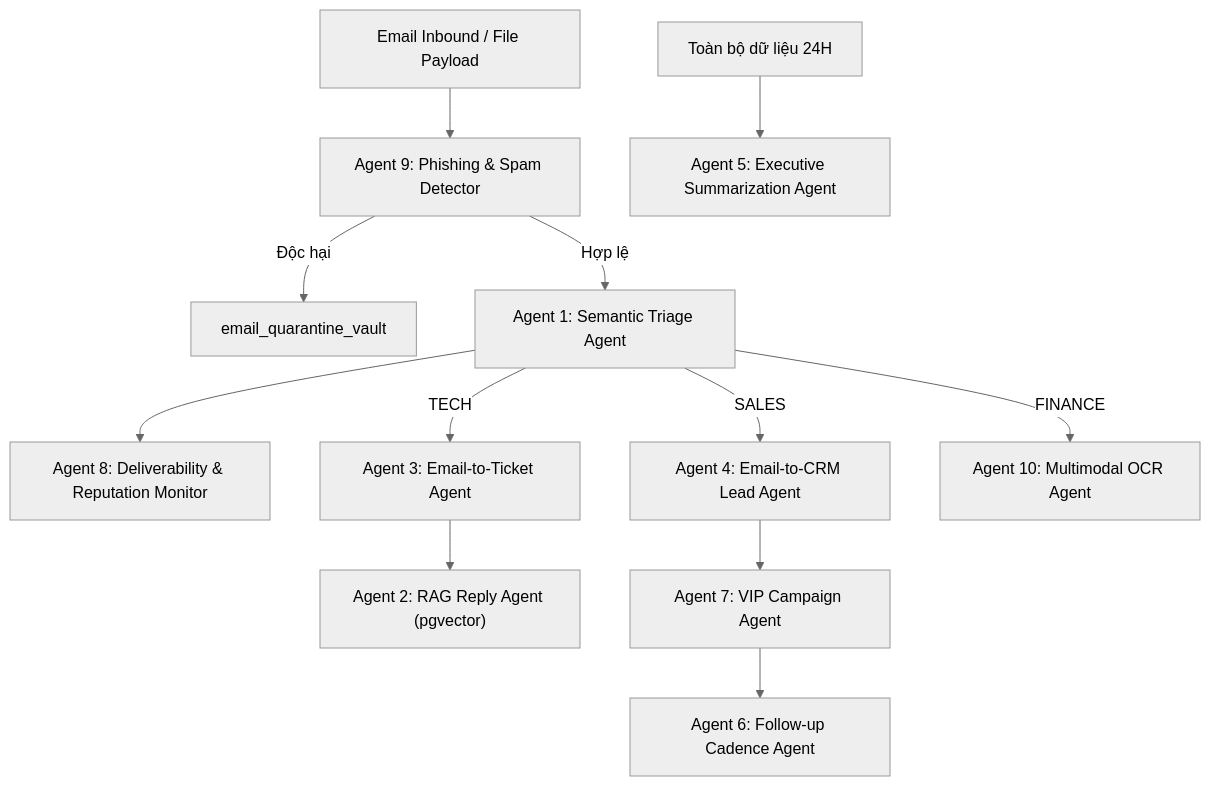
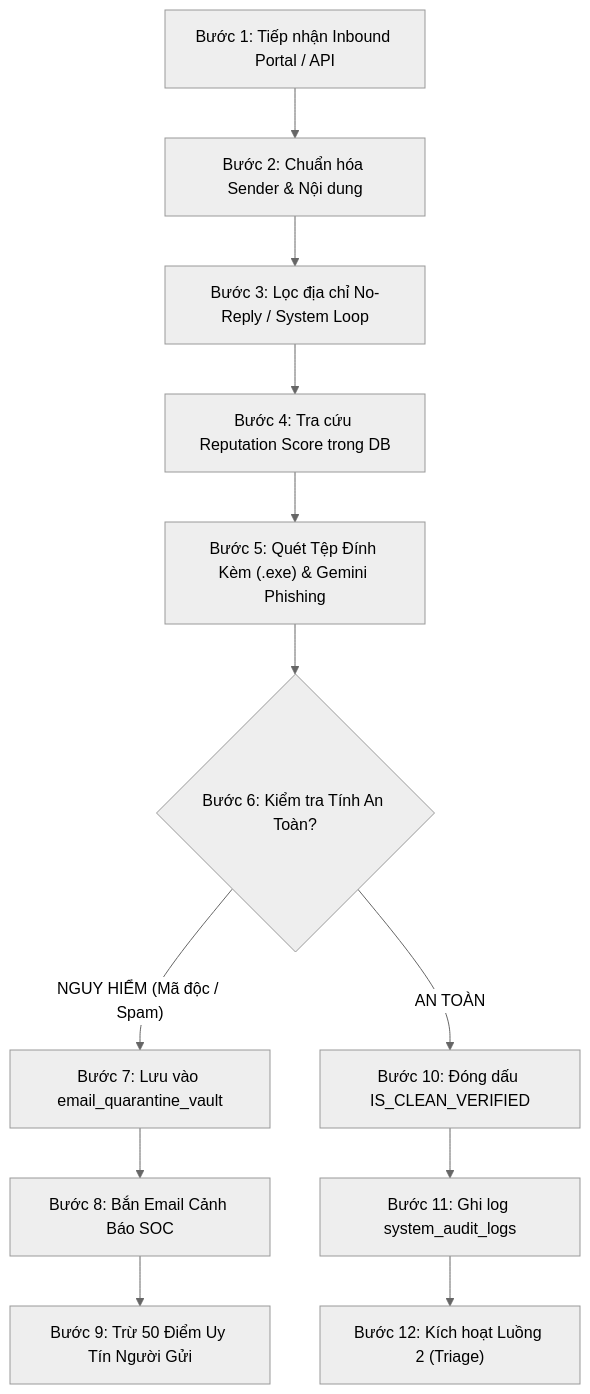
One commit to kieutrangg06/email_agent changed the first of 3 diagrams in BAO_CAO_NGUOI1_HOST_WEB.md. Above: the diagram before and after it, drawn with Mermaid (neutral theme). The commit also changed other lines of this file and 21 other files, not shown here.

````diff
--- a/BAO_CAO_NGUOI1_HOST_WEB.md
+++ b/BAO_CAO_NGUOI1_HOST_WEB.md
@@ -256,18 +149,14 @@
 ```mermaid
 flowchart TD
-    Inbound["Email Inbound / File Payload"] --> Agent9["Agent 9: Phishing & Spam Detector"]
-    Agent9 -- "Độc hại" --> Vault["email_quarantine_vault"]
-    Agent9 -- "Hợp lệ" --> Agent1["Agent 1: Semantic Triage Agent"]
-    Agent1 --> Agent8["Agent 8: Deliverability & Reputation Monitor"]
-    
-    Agent1 -- "TECH" --> Agent3["Agent 3: Email-to-Ticket Agent"]
-    Agent3 --> Agent2["Agent 2: RAG Reply Agent (pgvector)"]
-    
-    Agent1 -- "SALES" --> Agent4["Agent 4: Email-to-CRM Lead Agent"]
-    Agent4 --> Agent7["Agent 7: VIP Campaign Agent"]
-    Agent7 --> Agent6["Agent 6: Follow-up Cadence Agent"]
-    
-    Agent1 -- "FINANCE" --> Agent10["Agent 10: Multimodal OCR Agent"]
-    
-    All["Toàn bộ dữ liệu 24H"] --> Agent5["Agent 5: Executive Summarization Agent"]
+    S1["Bước 1: Tiếp nhận Inbound Portal / API"] --> S2["Bước 2: Chuẩn hóa Sender & Nội dung"]
+    S2 --> S3["Bước 3: Lọc địa chỉ No-Reply / System Loop"]
+    S3 --> S4["Bước 4: Tra cứu Reputation Score trong DB"]
+    S4 --> S5["Bước 5: Quét Tệp Đính Kèm (.exe) & Gemini Phishing"]
+    S5 --> S6{"Bước 6: Kiểm tra Tính An Toàn?"}
+    S6 -- "NGUY HIỂM (Mã độc / Spam)" --> S7["Bước 7: Lưu vào email_quarantine_vault"]
+    S7 --> S8["Bước 8: Bắn Email Cảnh Báo SOC"]
+    S8 --> S9["Bước 9: Trừ 50 Điểm Uy Tín Người Gửi"]
+    S6 -- "AN TOÀN" --> S10["Bước 10: Đóng dấu IS_CLEAN_VERIFIED"]
+    S10 --> S11["Bước 11: Ghi log system_audit_logs"]
+    S11 --> S12["Bước 12: Kích hoạt Luồng 2 (Triage)"]
 ```
````
